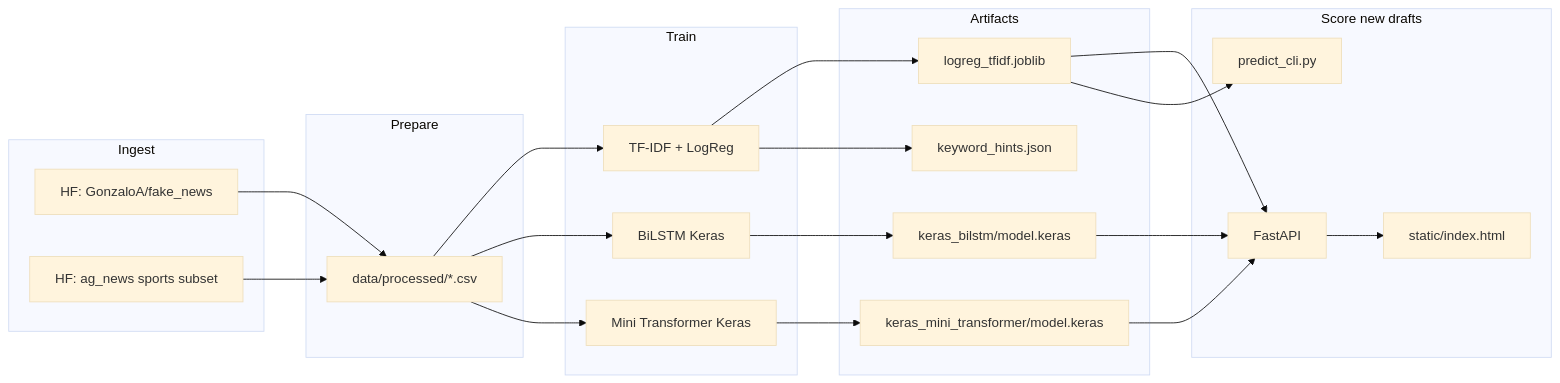
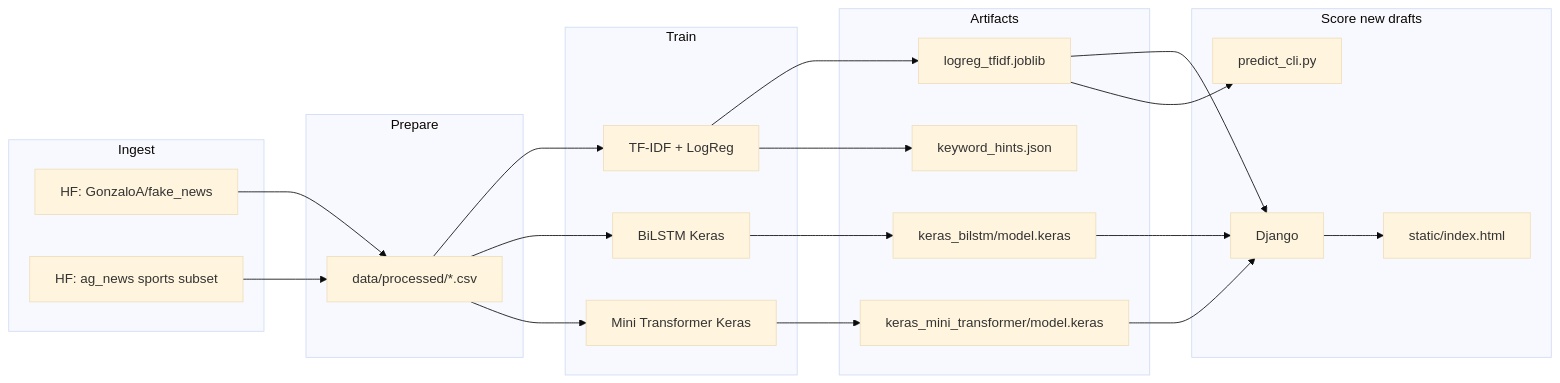
Before and after one commit to akhilvydyula/fake-news-detection: the diagram in README.md, drawn with Mermaid (base theme). The commit also changed other lines of this file and 50 other files, not shown here.

````diff
--- a/README.md
+++ b/README.md
@@ -22,40 +24,40 @@
 ```mermaid
 flowchart LR
   subgraph ingest [Ingest]
     HF[HF: GonzaloA/fake_news]
     AG[HF: ag_news sports subset]
   end
   subgraph prep [Prepare]
     CSV[data/processed/*.csv]
   end
   subgraph train [Train]
     CL[TF-IDF + LogReg]
     BI[BiLSTM Keras]
     TR[Mini Transformer Keras]
   end
   subgraph ship [Artifacts]
     JOB[logreg_tfidf.joblib]
     KW[keyword_hints.json]
     K1[keras_bilstm/model.keras]
     K2[keras_mini_transformer/model.keras]
   end
   subgraph score [Score new drafts]
-    API[FastAPI]
+    API[Django]
     UI[static/index.html]
     CLI[predict_cli.py]
   end
   HF --> CSV
   AG --> CSV
   CSV --> CL
   CSV --> BI
   CSV --> TR
   CL --> JOB
   CL --> KW
   BI --> K1
   TR --> K2
   JOB --> API
   JOB --> CLI
   K1 --> API
   K2 --> API
   API --> UI
 ```
````
